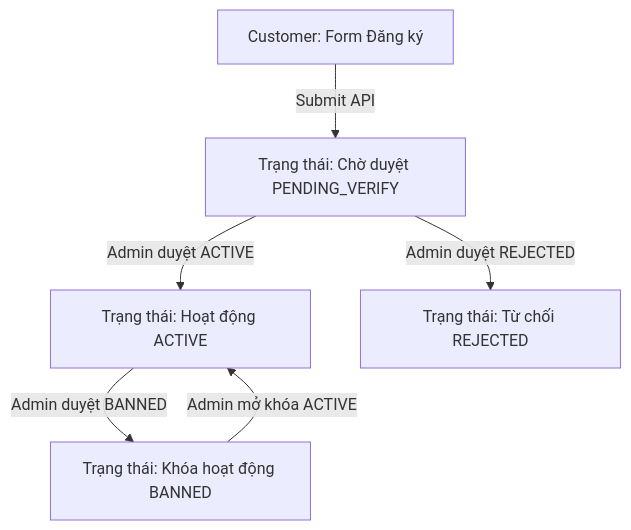
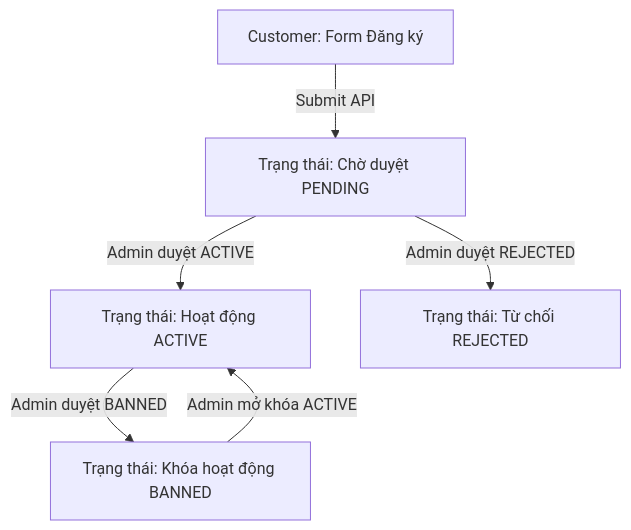
One commit to PhungVanLong/thesis-tickethub changed the first of 2 diagrams in BE/management/docs/fe_integration_guide.md. Above: the diagram before and after it, drawn with Mermaid. The commit also changed other lines of this file and 44 other files, not shown here.

Commit message:
refactor(management): change OrganizationStatus from PENDING_VERIFY to PENDING and add request validations

````diff
--- a/BE/management/docs/fe_integration_guide.md
+++ b/BE/management/docs/fe_integration_guide.md
@@ -13,8 +13,8 @@
 ```mermaid
 graph TD
-    INIT[Customer: Form Đăng ký] -->|Submit API| PENDING[Trạng thái: Chờ duyệt PENDING_VERIFY]
+    INIT[Customer: Form Đăng ký] -->|Submit API| PENDING[Trạng thái: Chờ duyệt PENDING]
     PENDING -->|Admin duyệt ACTIVE| ACTIVE[Trạng thái: Hoạt động ACTIVE]
     PENDING -->|Admin duyệt REJECTED| REJECTED[Trạng thái: Từ chối REJECTED]
     ACTIVE -->|Admin duyệt BANNED| BANNED[Trạng thái: Khóa hoạt động BANNED]
     BANNED -->|Admin mở khóa ACTIVE| ACTIVE
 ```
````
